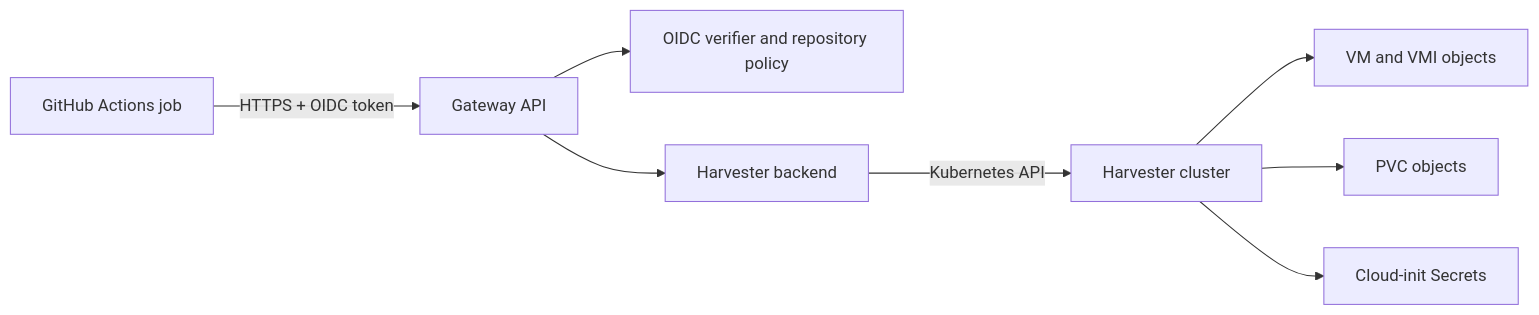
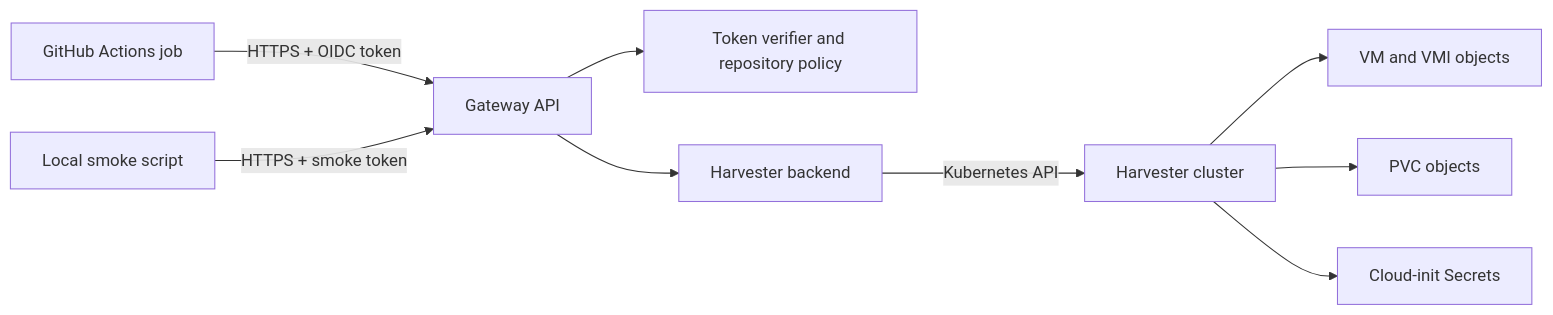
The diagram in ARCHITECTURE.md (bk201-org/harvester-runner-gateway), drawn with Mermaid before and after one commit. The commit also changed other lines of this file and 13 other files, not shown here.

````diff
--- a/ARCHITECTURE.md
+++ b/ARCHITECTURE.md
@@ -8,10 +8,11 @@
 ```mermaid
 flowchart LR
     Job[GitHub Actions job] -->|HTTPS + OIDC token| API[Gateway API]
-    API --> Auth[OIDC verifier and repository policy]
+    Shell[Local smoke script] -->|HTTPS + smoke token| API
+    API --> Auth[Token verifier and repository policy]
     API --> Backend[Harvester backend]
     Backend -->|Kubernetes API| Cluster[Harvester cluster]
     Cluster --> VM[VM and VMI objects]
     Cluster --> PVC[PVC objects]
     Cluster --> Secret[Cloud-init Secrets]
 ```
````
